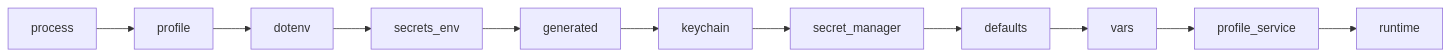
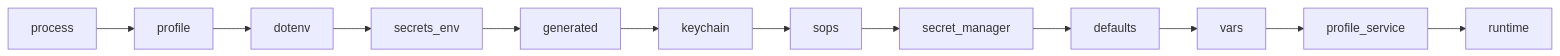
One commit to amr-m-abdelgawad/devctl changed the first of 2 diagrams in docs/environment.md. Above: the diagram before and after it, drawn with Mermaid. The commit also changed other lines of this file and 26 other files, not shown here.

````diff
--- a/docs/environment.md
+++ b/docs/environment.md
@@ -9,4 +9,4 @@
 ```mermaid
 flowchart LR
-  process --> profile --> dotenv --> secrets_env --> generated --> keychain --> secret_manager --> defaults --> vars --> profile_service --> runtime
+  process --> profile --> dotenv --> secrets_env --> generated --> keychain --> sops --> secret_manager --> defaults --> vars --> profile_service --> runtime
 ```
````
